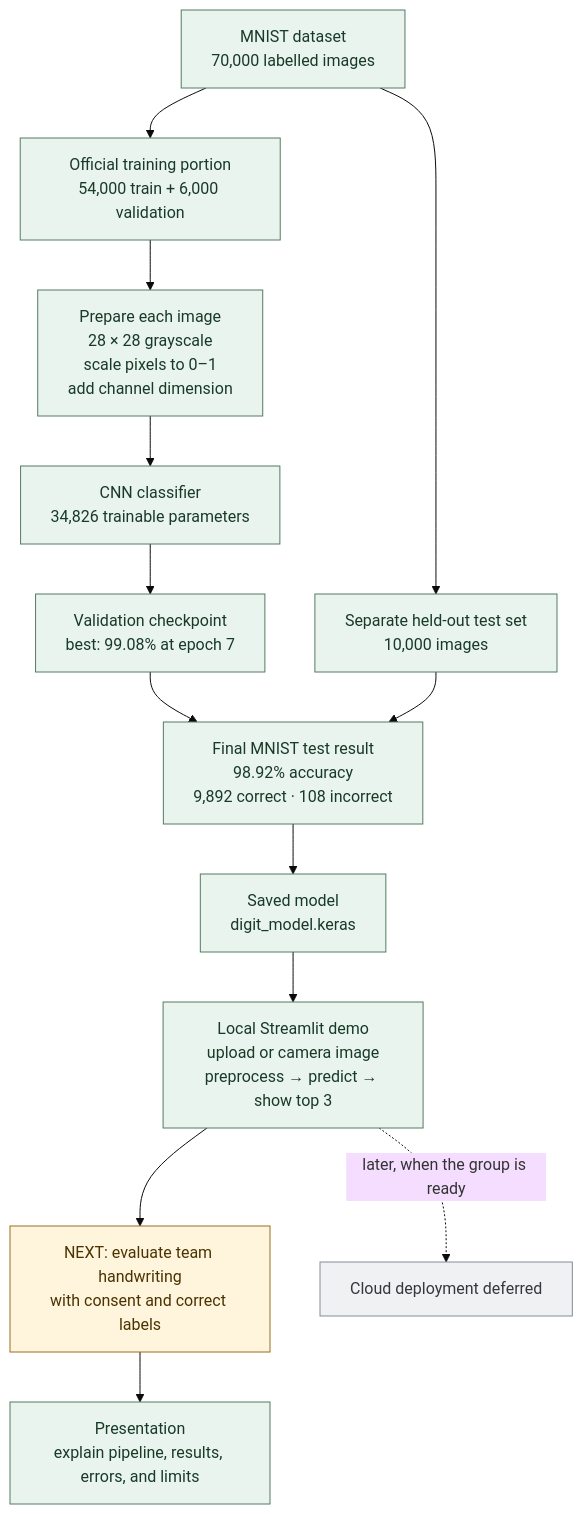
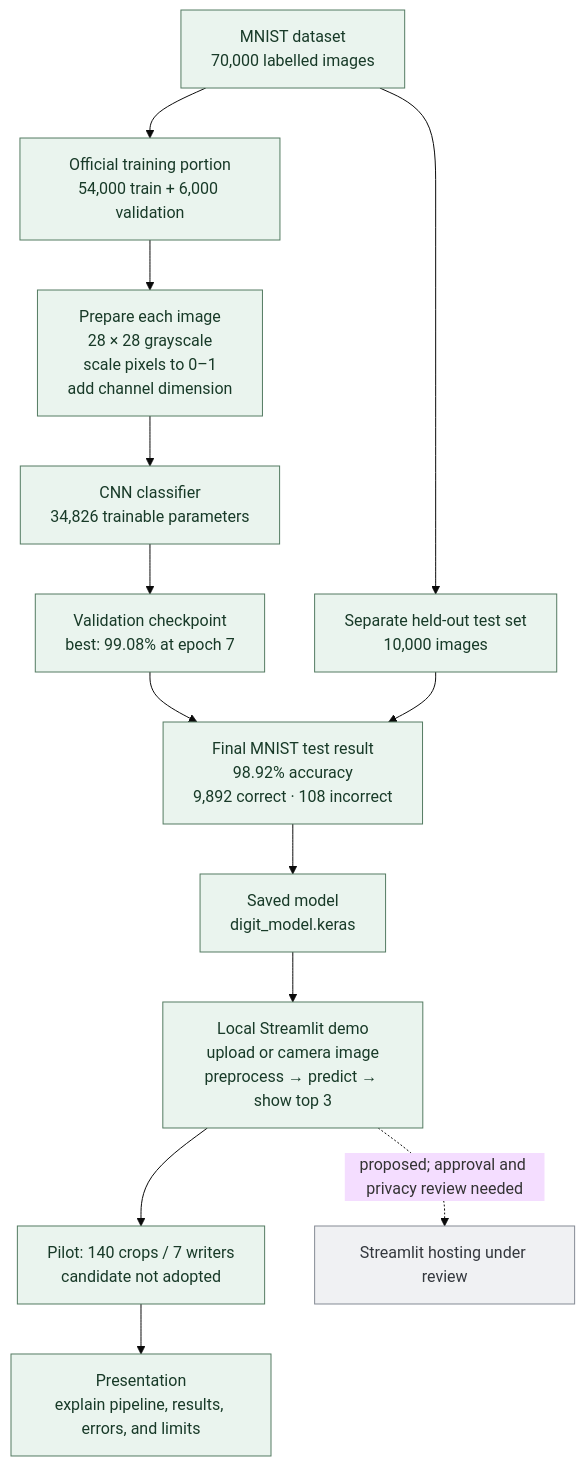
Before and after one commit to Shorya-Raj/cc-ese-handwritten-digit-recognition: the diagram in digit_recognition/PROJECT_OVERVIEW.md, drawn with Mermaid (base theme). The commit also changed other lines of this file and 10 other files, not shown here.

````diff
--- a/digit_recognition/PROJECT_OVERVIEW.md
+++ b/digit_recognition/PROJECT_OVERVIEW.md
@@ -5,22 +5,22 @@
 ```mermaid
 flowchart TB
   A["MNIST dataset<br/>70,000 labelled images"] --> B["Official training portion<br/>54,000 train + 6,000 validation"]
   A --> T["Separate held-out test set<br/>10,000 images"]
   B --> P["Prepare each image<br/>28 × 28 grayscale<br/>scale pixels to 0–1<br/>add channel dimension"]
   P --> C["CNN classifier<br/>34,826 trainable parameters"]
   C --> V["Validation checkpoint<br/>best: 99.08% at epoch 7"]
   V --> E["Final MNIST test result<br/>98.92% accuracy<br/>9,892 correct · 108 incorrect"]
   T --> E
   E --> M["Saved model<br/>digit_model.keras"]
   M --> APP["Local Streamlit demo<br/>upload or camera image<br/>preprocess → predict → show top 3"]
-  APP --> NEXT["NEXT: evaluate team handwriting<br/>with consent and correct labels"]
-  NEXT --> PRES["Presentation<br/>explain pipeline, results, errors, and limits"]
-  APP -. "later, when the group is ready" .-> CLOUD["Cloud deployment deferred"]
+  APP --> PILOT["Pilot: 140 crops / 7 writers<br/>candidate not adopted"]
+  PILOT --> PRES["Presentation<br/>explain pipeline, results, errors, and limits"]
+  APP -. "proposed; approval and privacy review needed" .-> CLOUD["Streamlit hosting under review"]
 
   classDef complete fill:#eaf4ee,stroke:#547b62,color:#183a28
   classDef next fill:#fff4dc,stroke:#9a6f20,color:#4a3300
   classDef deferred fill:#f0f1f3,stroke:#858b95,color:#34383e
   class A,B,T,P,C,V,E,M,APP,PRES complete
-  class NEXT next
+  class PILOT complete
   class CLOUD deferred
 ```
````
